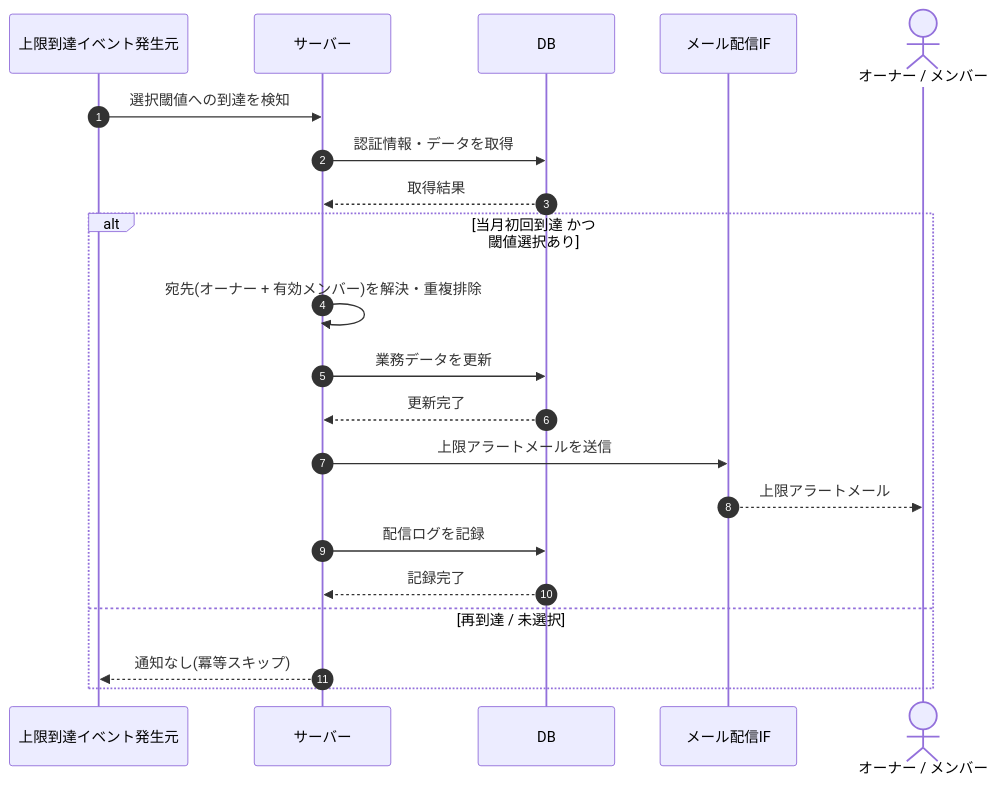
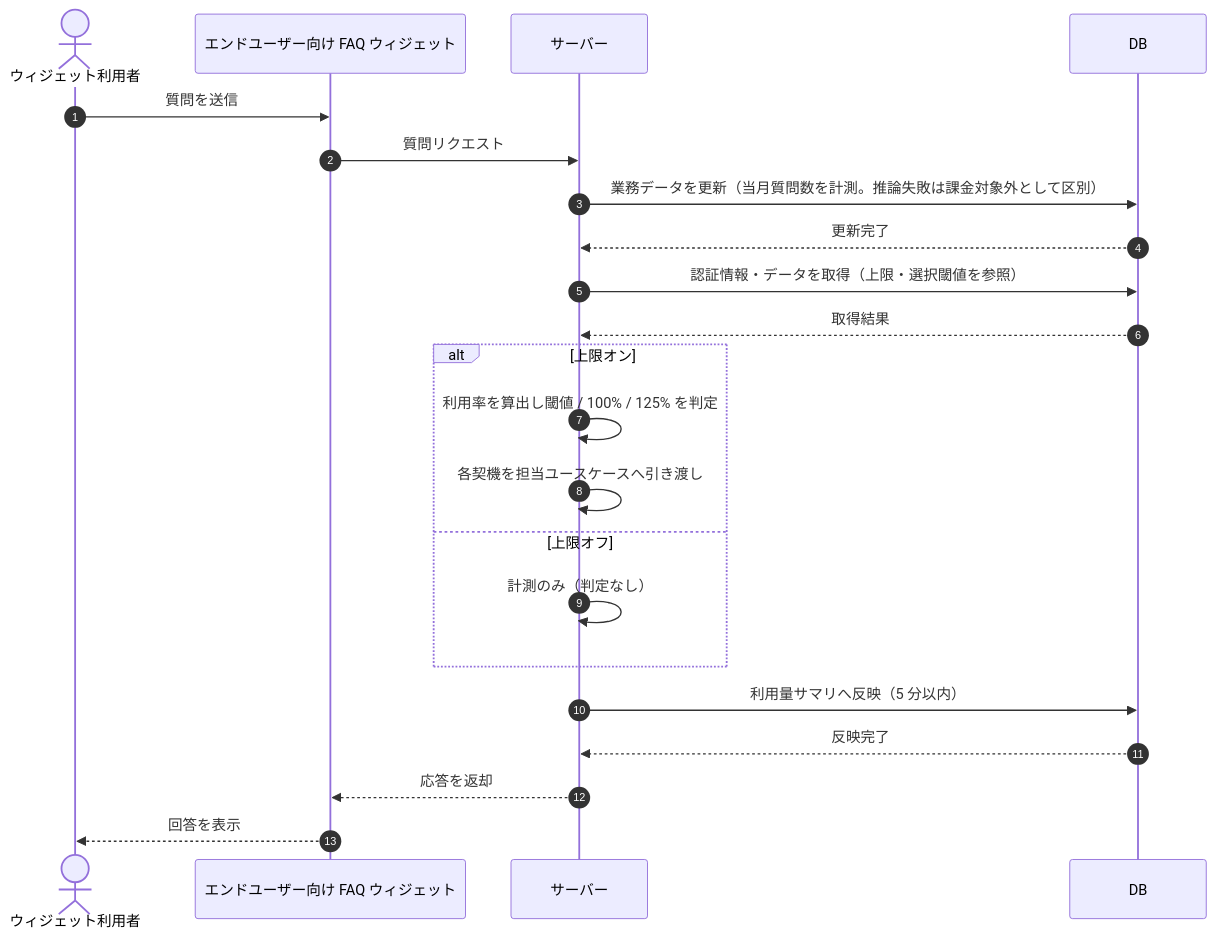
One commit to sikakou54/open-faq changed the diagram in 02_basic_design/03_sequences/SEQ-097.md. Above: the diagram before and after it, drawn with Mermaid. The commit also changed other lines of this file and 395 other files, not shown here.

````diff
--- a/02_basic_design/03_sequences/SEQ-097.md
+++ b/02_basic_design/03_sequences/SEQ-097.md
@@ -25,23 +25,24 @@
 ```mermaid
 sequenceDiagram
   autonumber
-  participant G as 上限到達イベント発生元
+  actor U as ウィジェット利用者
+  participant Screen as エンドユーザー向け FAQ ウィジェット
   participant Server as サーバー
   participant DB as DB
-  participant MAIL as メール配信IF
-  actor U as オーナー / メンバー
-  G->>Server: 選択閾値への到達を検知
-  Server->>DB: 認証情報・データを取得
+  U->>Screen: 質問を送信
+  Screen->>Server: 質問リクエスト
+  Server->>DB: 業務データを更新（当月質問数を計測。推論失敗は課金対象外として区別）
+  DB-->>Server: 更新完了
+  Server->>DB: 認証情報・データを取得（上限・選択閾値を参照）
   DB-->>Server: 取得結果
-  alt 当月初回到達 かつ 閾値選択あり
-    Server->>Server: 宛先(オーナー + 有効メンバー)を解決・重複排除
-    Server->>DB: 業務データを更新
-    DB-->>Server: 更新完了
-    Server->>MAIL: 上限アラートメールを送信
-    MAIL-->>U: 上限アラートメール
-    Server->>DB: 配信ログを記録
-    DB-->>Server: 記録完了
-  else 再到達 / 未選択
-    Server-->>G: 通知なし(冪等スキップ)
+  alt 上限オン
+    Server->>Server: 利用率を算出し閾値 / 100% / 125% を判定
+    Server->>Server: 各契機を担当ユースケースへ引き渡し
+  else 上限オフ
+    Server->>Server: 計測のみ（判定なし）
   end
+  Server->>DB: 利用量サマリへ反映（5 分以内）
+  DB-->>Server: 反映完了
+  Server-->>Screen: 応答を返却
+  Screen-->>U: 回答を表示
 ```
````
